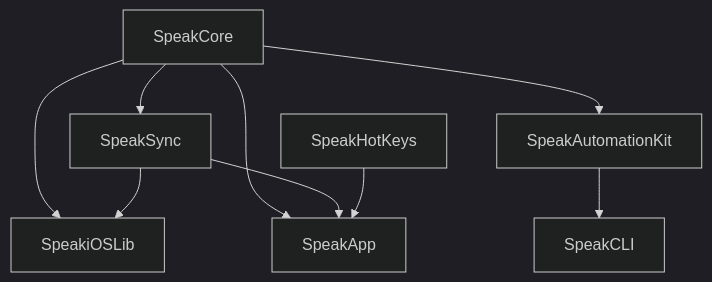
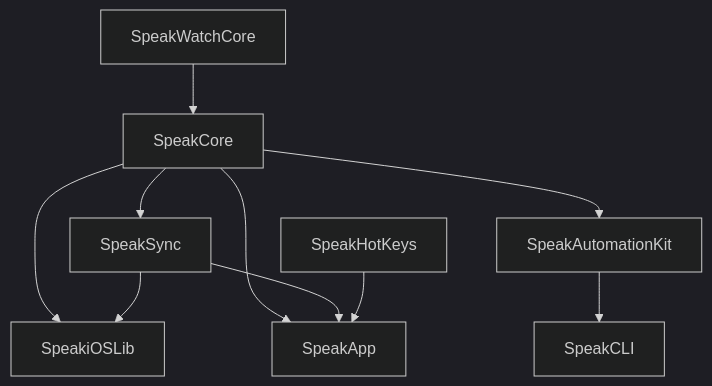
Before and after one commit to crmitchelmore/justspeaktoit: the first of 2 diagrams in Docs/Architecture.md, drawn with Mermaid (dark theme). The commit also changed other lines of this file and 1036 other files, not shown here.

````diff
--- a/Docs/Architecture.md
+++ b/Docs/Architecture.md
@@ -48,11 +52,12 @@
 ```mermaid
 flowchart TD
-    Core[SpeakCore] --> Sync[SpeakSync]
+    WatchCore[SpeakWatchCore] --> Core[SpeakCore]
+    Core --> Sync[SpeakSync]
     Core --> IOSLib[SpeakiOSLib]
     Sync --> IOSLib
     Core --> Automation[SpeakAutomationKit]
     Automation --> CLI[SpeakCLI]
     Core --> Mac[SpeakApp]
     Sync --> Mac
     HotKeys[SpeakHotKeys] --> Mac
 ```
````
